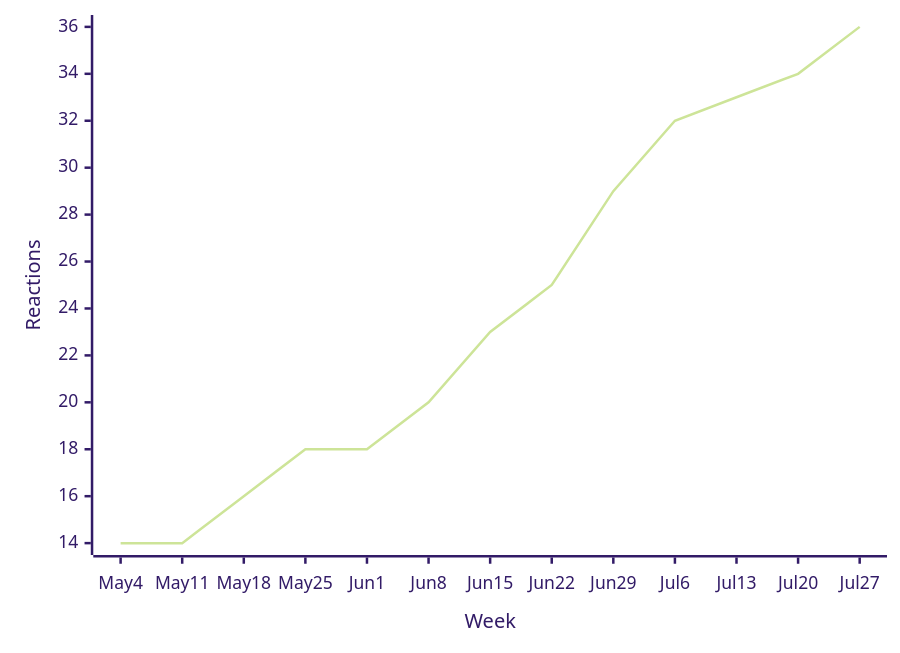
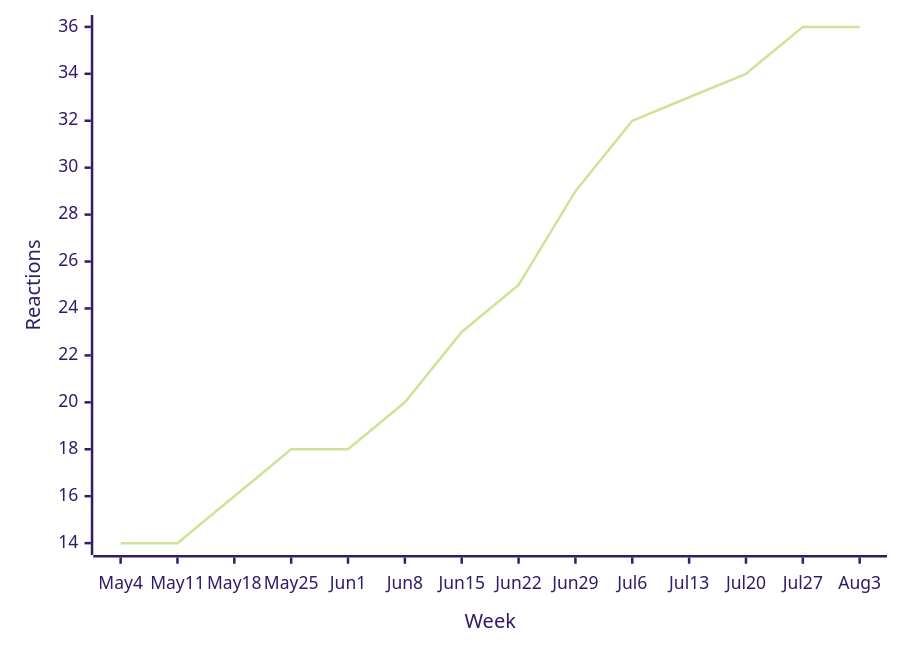
The sixth of 44 diagrams in README.md (loic-sharma/github-insights), drawn with Mermaid (forest theme) before and after one commit. The commit also changed other lines of this file and 3 other files, not shown here.

````diff
--- a/README.md
+++ b/README.md
@@ -424,6 +424,6 @@
   ```mermaid
   xychart-beta
-    x-axis "Week" [May 4, May 11, May 18, May 25, Jun 1, Jun 8, Jun 15, Jun 22, Jun 29, Jul 6, Jul 13, Jul 20, Jul 27]
+    x-axis "Week" [May 4, May 11, May 18, May 25, Jun 1, Jun 8, Jun 15, Jun 22, Jun 29, Jul 6, Jul 13, Jul 20, Jul 27, Aug 3]
     y-axis "Reactions"
-    line [14, 14, 16, 18, 18, 20, 23, 25, 29, 32, 33, 34, 36]
+    line [14, 14, 16, 18, 18, 20, 23, 25, 29, 32, 33, 34, 36, 36]
   ```
````
